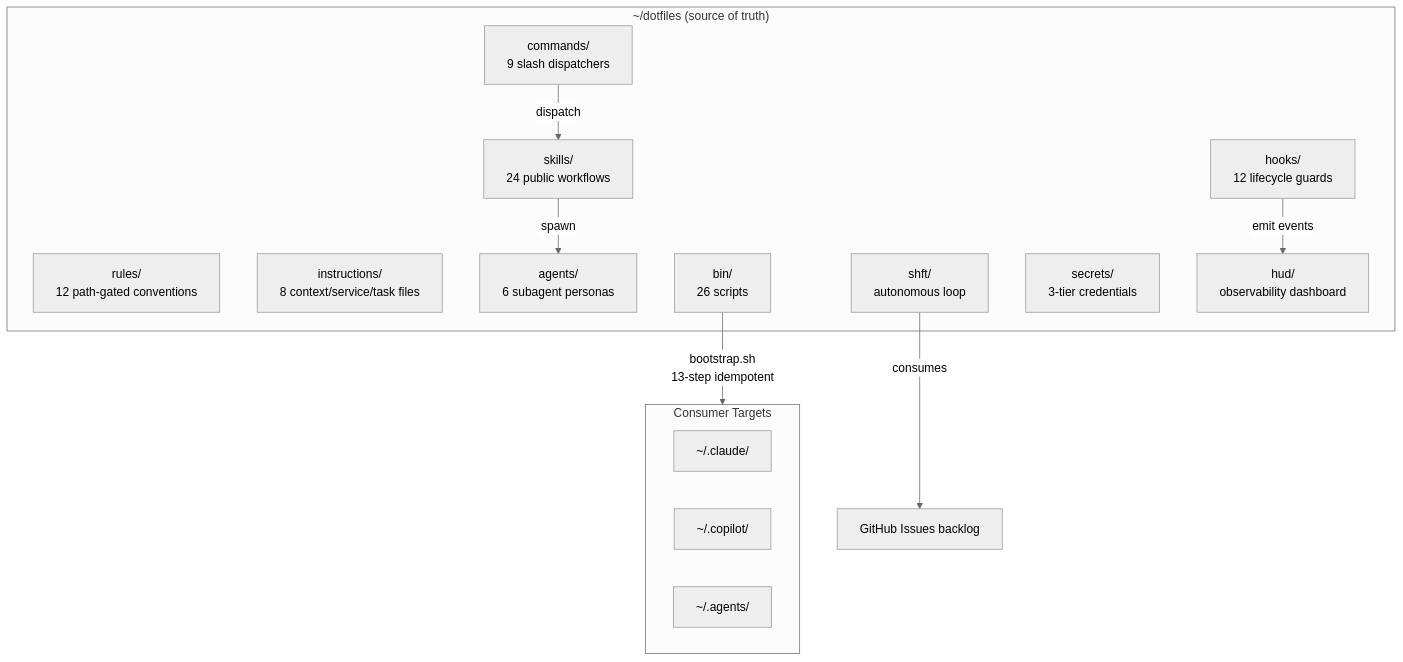
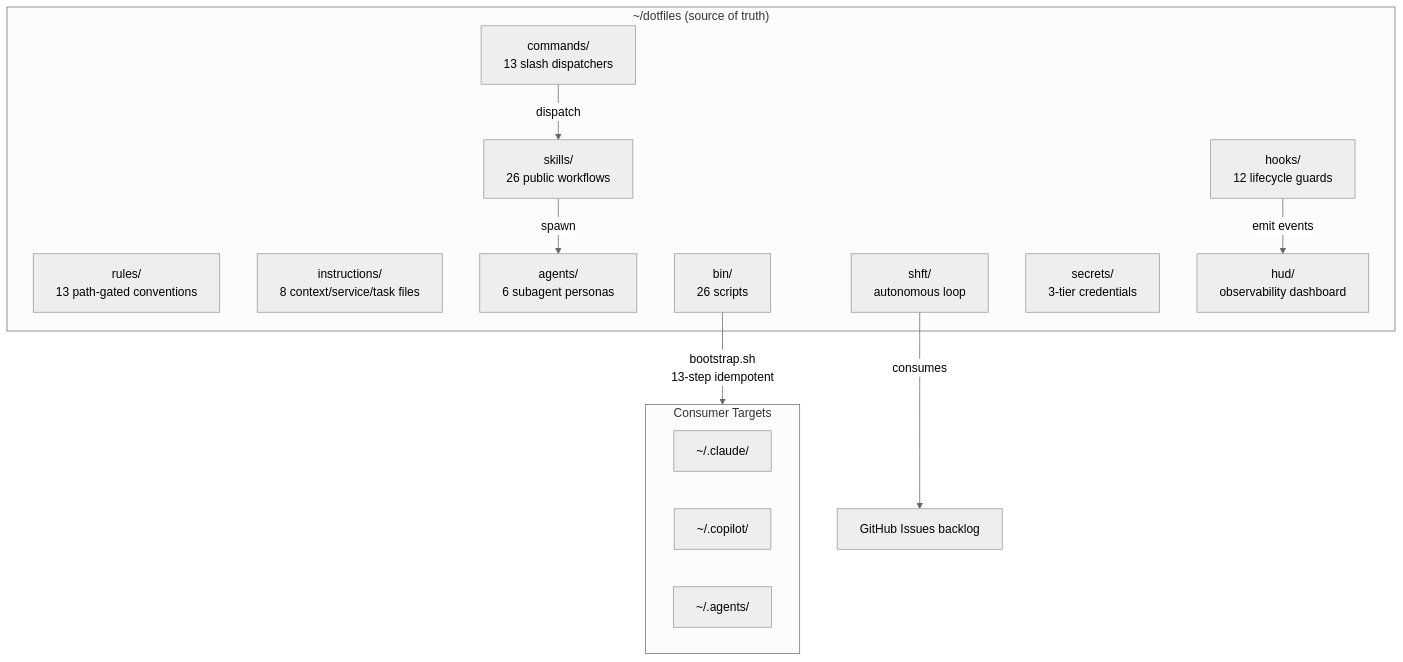
The diagram in docs/ARCHITECTURE.md (arndvs/ctrlshft), drawn with Mermaid (neutral theme) before and after one commit. The commit also changed other lines of this file and 7 other files, not shown here.

````diff
--- a/docs/ARCHITECTURE.md
+++ b/docs/ARCHITECTURE.md
@@ -12,27 +12,27 @@
 ```mermaid
 graph TB
     subgraph "~/dotfiles (source of truth)"
-        RULES["rules/<br/>12 path-gated conventions"]
+        RULES["rules/<br/>13 path-gated conventions"]
         INST["instructions/<br/>8 context/service/task files"]
-        SKILLS["skills/<br/>24 public workflows"]
+        SKILLS["skills/<br/>26 public workflows"]
         AGENTS["agents/<br/>6 subagent personas"]
-        CMDS["commands/<br/>9 slash dispatchers"]
+        CMDS["commands/<br/>13 slash dispatchers"]
         HOOKS["hooks/<br/>12 lifecycle guards"]
         BIN["bin/<br/>26 scripts"]
         SHFT["shft/<br/>autonomous loop"]
         SECRETS["secrets/<br/>3-tier credentials"]
         HUD["hud/<br/>observability dashboard"]
     end
 
     BIN -->|"bootstrap.sh<br/>13-step idempotent"| CONSUMERS
     subgraph CONSUMERS["Consumer Targets"]
         CLAUDE["~/.claude/"]
         COPILOT["~/.copilot/"]
         AGENTSDIR["~/.agents/"]
     end
 
     CMDS -->|"dispatch"| SKILLS
     SKILLS -->|"spawn"| AGENTS
     HOOKS -->|"emit events"| HUD
     SHFT -->|"consumes"| ISSUES["GitHub Issues backlog"]
 ```
````
